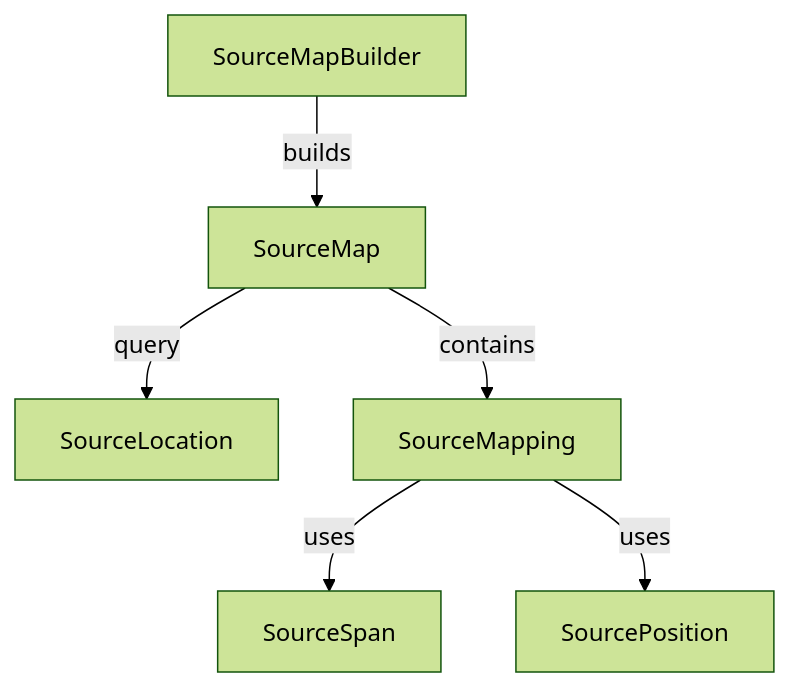
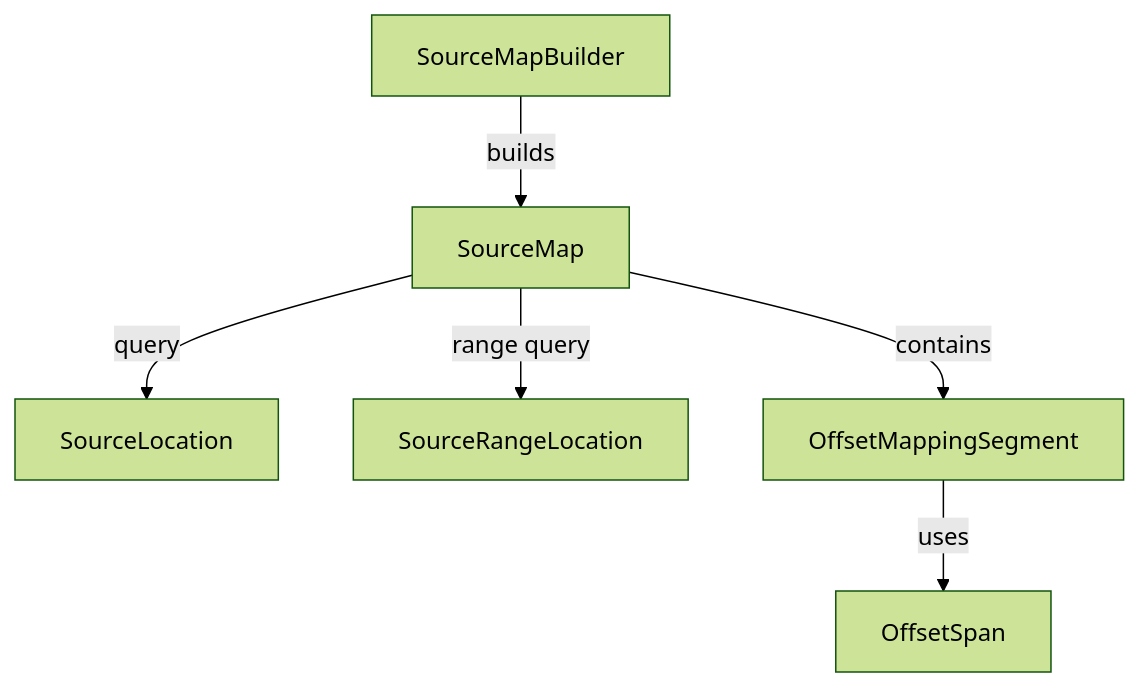
One commit to dsisco11/TinyPreprocessor changed the diagram in docs/04-source-mapping.md. Above: the diagram before and after it, drawn with Mermaid (forest theme). The commit also changed other lines of this file and 22 other files, not shown here.

````diff
--- a/docs/04-source-mapping.md
+++ b/docs/04-source-mapping.md
@@ -195,8 +121,8 @@
 ```mermaid
 flowchart TB
     SourceMapBuilder -->|builds| SourceMap
     SourceMap -->|query| SourceLocation
-    SourceMap -->|contains| SourceMapping
-    SourceMapping -->|uses| SourceSpan
-    SourceMapping -->|uses| SourcePosition
+    SourceMap -->|range query| SourceRangeLocation
+    SourceMap -->|contains| OffsetMappingSegment
+    OffsetMappingSegment -->|uses| OffsetSpan
 ```
````
